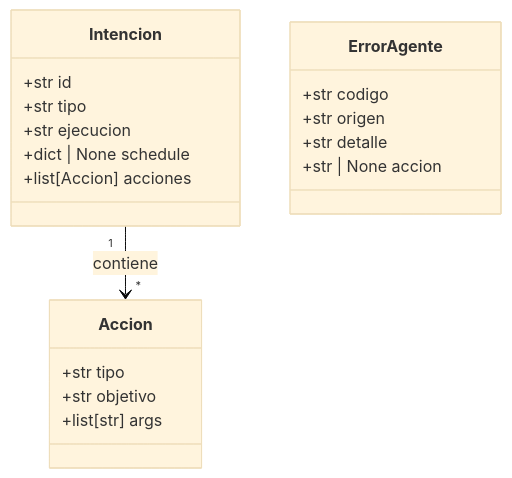
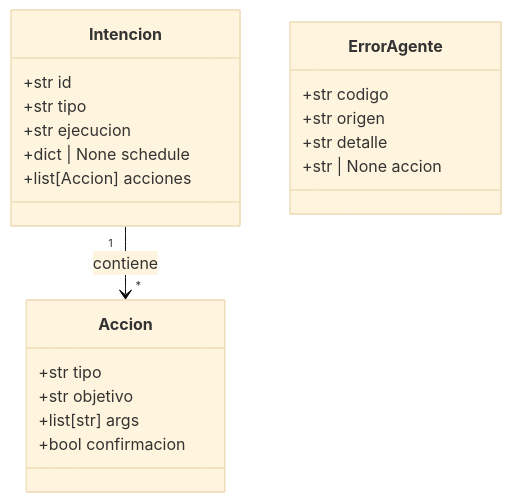
The diagram in spec/modules.md (AlejandroGuevara-hub/Own_Agent), drawn with Mermaid (base theme) before and after one commit. The commit also changed other lines of this file and 10 other files, not shown here.

````diff
--- a/spec/modules.md
+++ b/spec/modules.md
@@ -5,22 +5,23 @@
 ```mermaid
 classDiagram
     class Intencion {
         +str id
         +str tipo
         +str ejecucion
         +dict | None schedule
         +list[Accion] acciones
     }
     class Accion {
         +str tipo
         +str objetivo
         +list[str] args
+        +bool confirmacion
     }
     class ErrorAgente {
         +str codigo
         +str origen
         +str detalle
         +str | None accion
     }
     Intencion "1" --> "*" Accion : contiene
 ```
````
